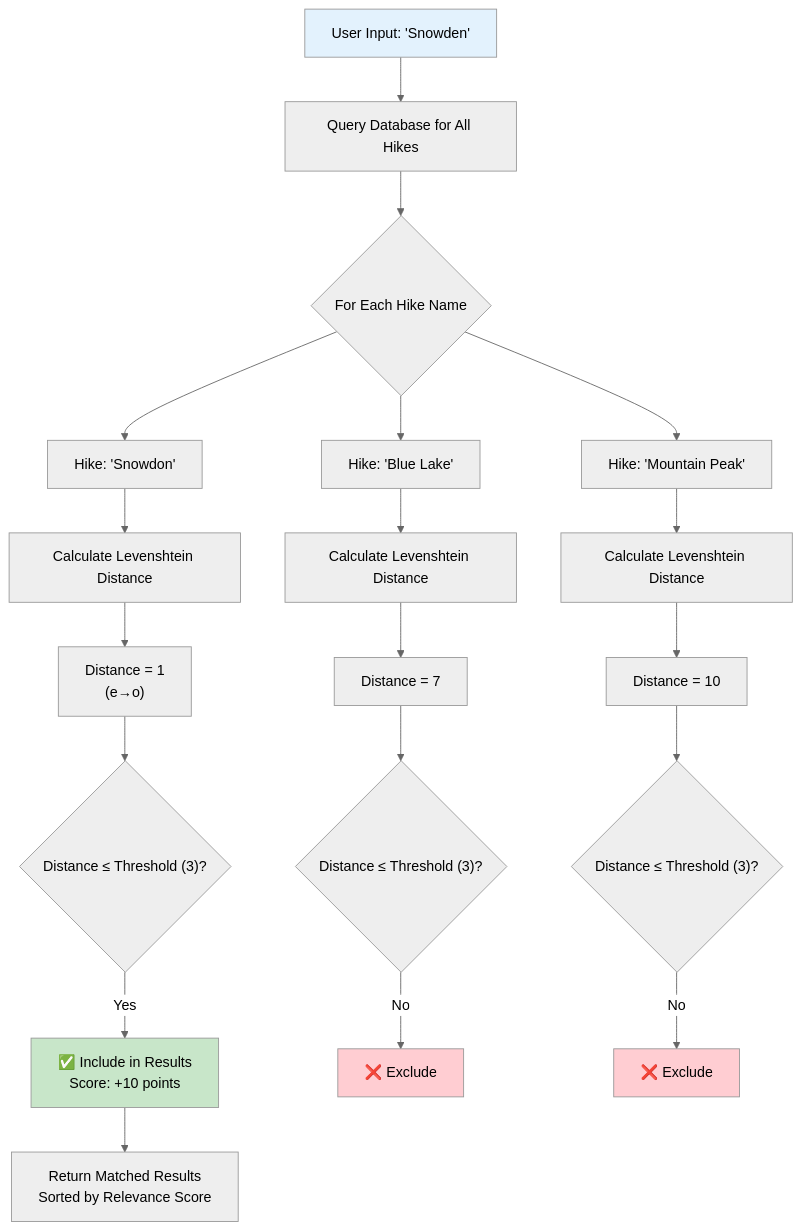
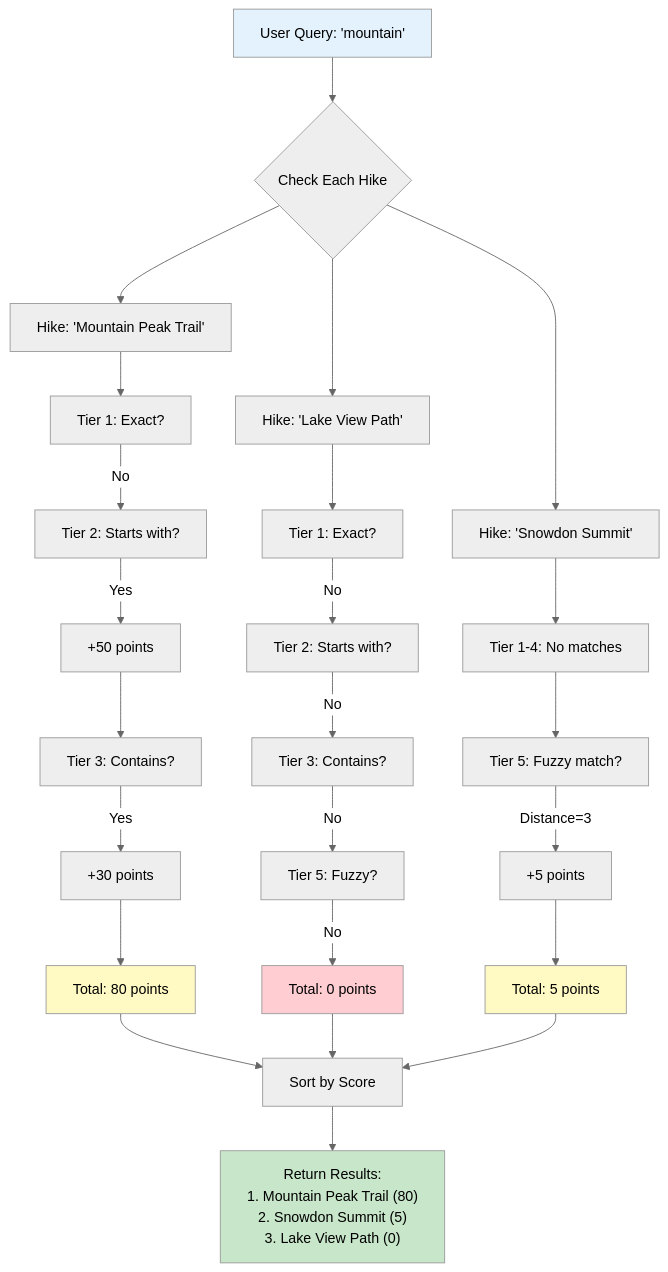
Before and after one commit to SagitaKDX/M-Hike: the fifth of 10 diagrams in README.md, drawn with Mermaid (neutral theme). The commit also changed other lines of this file, not shown here.

````diff
--- a/README.md
+++ b/README.md
@@ -234,32 +245,38 @@
 ```mermaid
 flowchart TD
-    A["User Input: 'Snowden'"] --> B["Query Database for All Hikes"]
-    B --> C{"For Each Hike Name"}
+    A["User Query: 'mountain'"] --> B{"Check Each Hike"}
     
-    C --> D["Hike: 'Snowdon'"]
-    C --> E["Hike: 'Blue Lake'"]
-    C --> F["Hike: 'Mountain Peak'"]
+    B --> C["Hike: 'Mountain Peak Trail'"]
+    B --> D["Hike: 'Lake View Path'"]
+    B --> E["Hike: 'Snowdon Summit'"]
     
-    D --> G["Calculate Levenshtein Distance"]
-    E --> H["Calculate Levenshtein Distance"]
-    F --> I["Calculate Levenshtein Distance"]
+    C --> F["Tier 1: Exact?"]
+    F -->|No| G["Tier 2: Starts with?"]
+    G -->|Yes| H["+50 points"]
+    H --> I["Tier 3: Contains?"]
+    I -->|Yes| J["+30 points"]
+    J --> K["Total: 80 points"]
     
-    G --> J["Distance = 1<br/>(e→o)"]
-    H --> K["Distance = 7"]
-    I --> L["Distance = 10"]
+    D --> L["Tier 1: Exact?"]
+    L -->|No| M["Tier 2: Starts with?"]
+    M -->|No| N["Tier 3: Contains?"]
+    N -->|No| O["Tier 5: Fuzzy?"]
+    O -->|No| P["Total: 0 points"]
     
-    J --> M{"Distance ≤ Threshold (3)?"}
-    K --> N{"Distance ≤ Threshold (3)?"}
-    L --> O{"Distance ≤ Threshold (3)?"}
+    E --> Q["Tier 1-4: No matches"]
+    Q --> R["Tier 5: Fuzzy match?"]
+    R -->|Distance=3| S["+5 points"]
+    S --> T["Total: 5 points"]
     
-    M -->|Yes| P["✅ Include in Results<br/>Score: +10 points"]
-    N -->|No| Q["❌ Exclude"]
-    O -->|No| R["❌ Exclude"]
+    K --> U["Sort by Score"]
+    P --> U
+    T --> U
     
-    P --> S["Return Matched Results<br/>Sorted by Relevance Score"]
+    U --> V["Return Results:<br/>1. Mountain Peak Trail (80)<br/>2. Snowdon Summit (5)<br/>3. Lake View Path (0)"]
     
     style A fill:#e3f2fd
-    style P fill:#c8e6c9
-    style Q fill:#ffcdd2
-    style R fill:#ffcdd2
+    style V fill:#c8e6c9
+    style K fill:#fff9c4
+    style T fill:#fff9c4
+    style P fill:#ffcdd2
 ```
````
